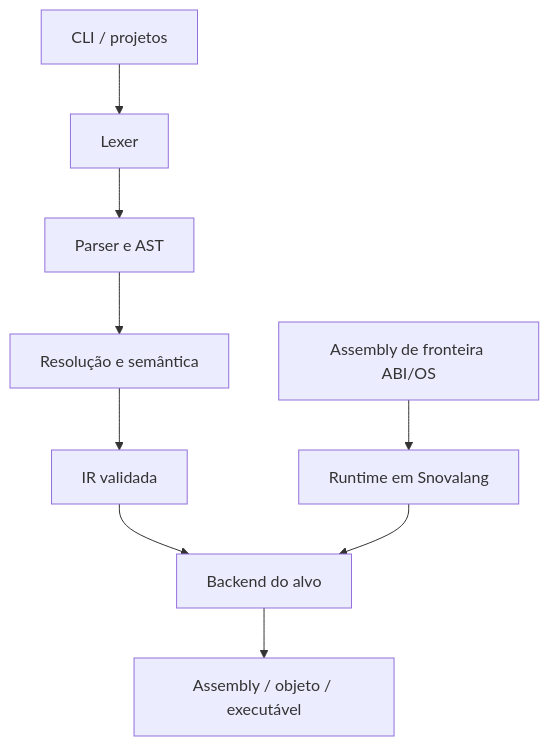
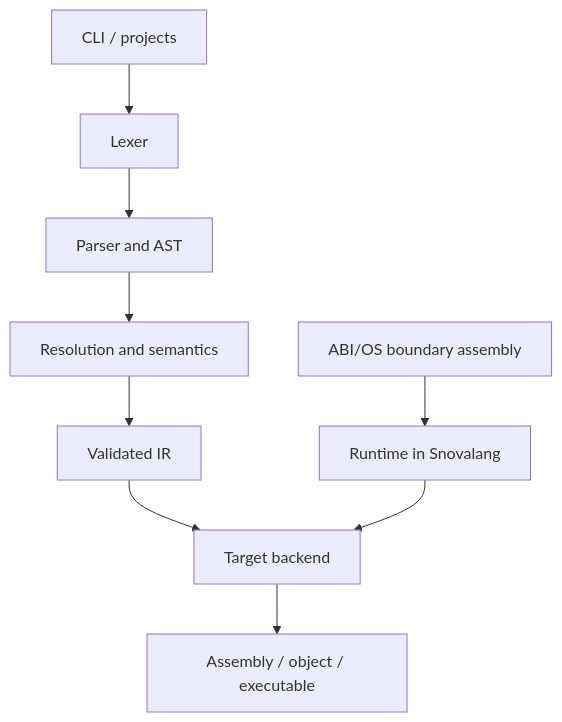
The diagram in docs/diagrams/compiler-pipeline.mmd (moislang/moil), drawn with Mermaid before and after one commit. The commit also changed 68 other files, not shown here.

```diff
--- a/docs/diagrams/compiler-pipeline.mmd
+++ b/docs/diagrams/compiler-pipeline.mmd
@@ -1,9 +1,9 @@
 flowchart TB
-  CLI[CLI / projetos] --> LEX[Lexer]
-  LEX --> PARSE[Parser e AST]
-  PARSE --> SEMA[Resolução e semântica]
-  SEMA --> IR[IR validada]
-  IR --> TARGET[Backend do alvo]
-  TARGET --> BIN[Assembly / objeto / executável]
-  RUNTIME[Runtime em Snovalang] --> TARGET
-  ABI[Assembly de fronteira ABI/OS] --> RUNTIME
+  CLI[CLI / projects] --> LEX[Lexer]
+  LEX --> PARSE[Parser and AST]
+  PARSE --> SEMA[Resolution and semantics]
+  SEMA --> IR[Validated IR]
+  IR --> TARGET[Target backend]
+  TARGET --> BIN[Assembly / object / executable]
+  RUNTIME[Runtime in Snovalang] --> TARGET
+  ABI[ABI/OS boundary assembly] --> RUNTIME
```
